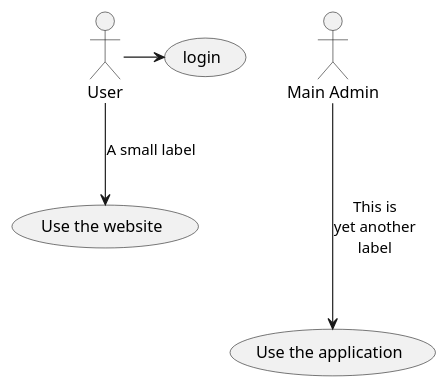
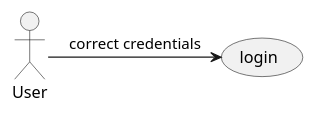
One commit to araguaci/EnglishWorlds changed the diagram in UML diagrams and stuff/redirect.pu. Above: the diagram before and after it, drawn with PlantUML. The commit also changed 7 other files, not shown here.

```diff
--- a/UML diagrams and stuff/redirect.pu
+++ b/UML diagrams and stuff/redirect.pu
@@ -1,8 +1,5 @@
 @startuml
 
-User -> (login)
-User --> (Use the website) : A small label
-
-:Main Admin: ---> (Use the application) : This is\nyet another\nlabel
+User -> (login) : correct credentials
 
 @enduml
```
